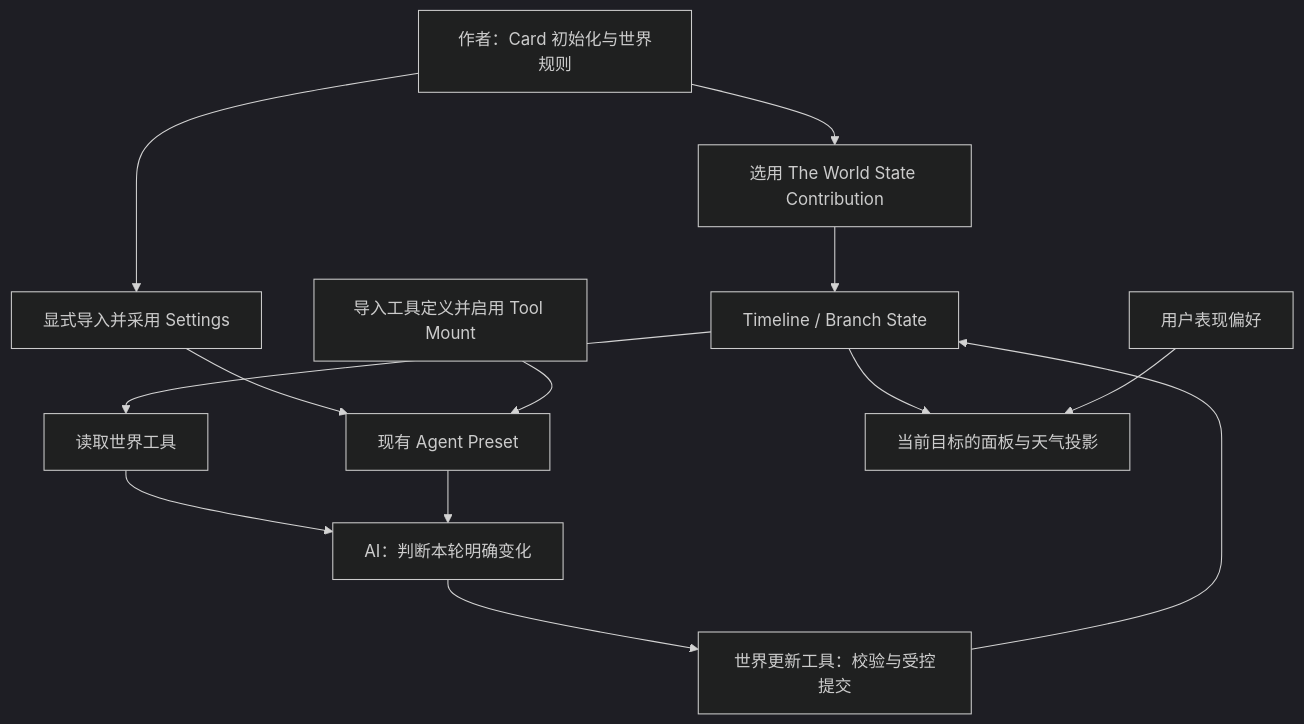
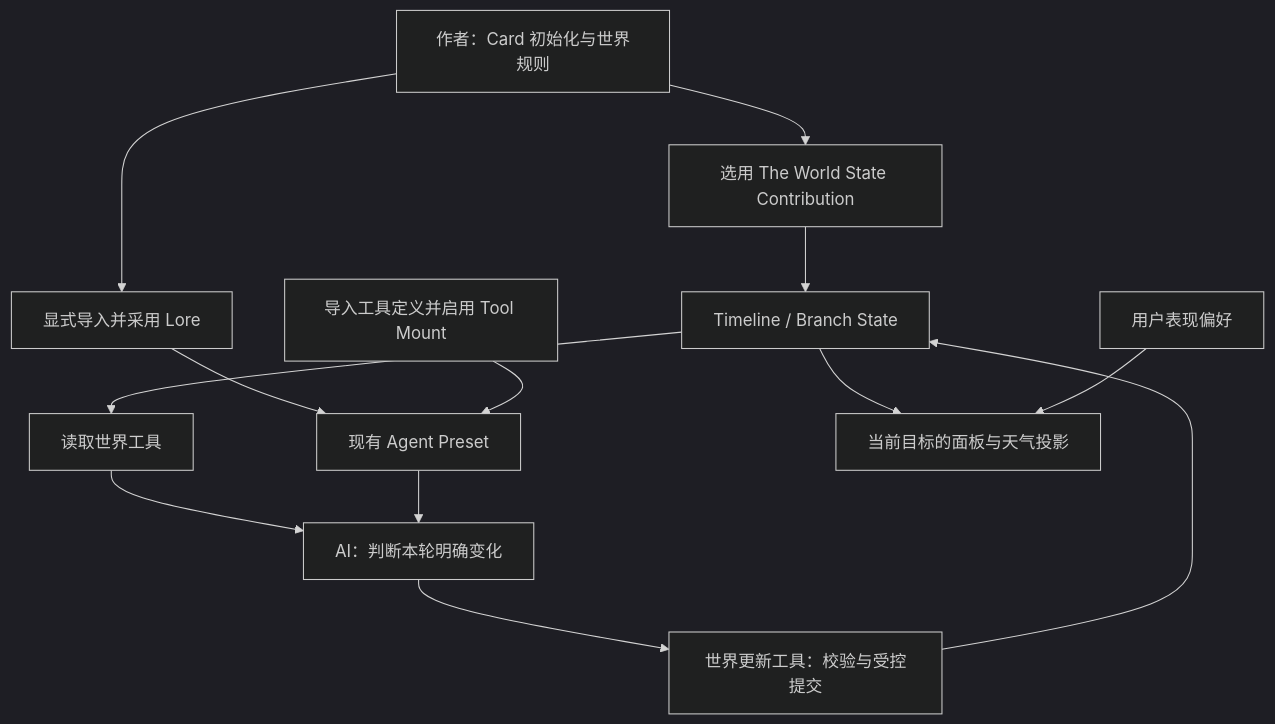
The diagram in docs/workbench/plans/the-world-state-and-agent-plan.md (Hai-de/LoomStudio), drawn with Mermaid (dark theme) before and after one commit. The commit also changed other lines of this file and 249 other files, not shown here.

````diff
--- a/docs/workbench/plans/the-world-state-and-agent-plan.md
+++ b/docs/workbench/plans/the-world-state-and-agent-plan.md
@@ -46,15 +46,15 @@
 ```mermaid
 flowchart TD
     Author["作者：Card 初始化与世界规则"] --> Init["选用 The World State Contribution"]
     Init --> State["Timeline / Branch State"]
-    Author --> Settings["显式导入并采用 Settings"]
-    Settings --> Preset["现有 Agent Preset"]
+    Author --> Lore["显式导入并采用 Lore"]
+    Lore --> Preset["现有 Agent Preset"]
     Tools["导入工具定义并启用 Tool Mount"] --> Preset
     State --> Read["读取世界工具"]
     Read --> AI["AI：判断本轮明确变化"]
     Preset --> AI
     AI --> Write["世界更新工具：校验与受控提交"]
     Write --> State
     State --> View["当前目标的面板与天气投影"]
     Config["用户表现偏好"] --> View
 ```
````
